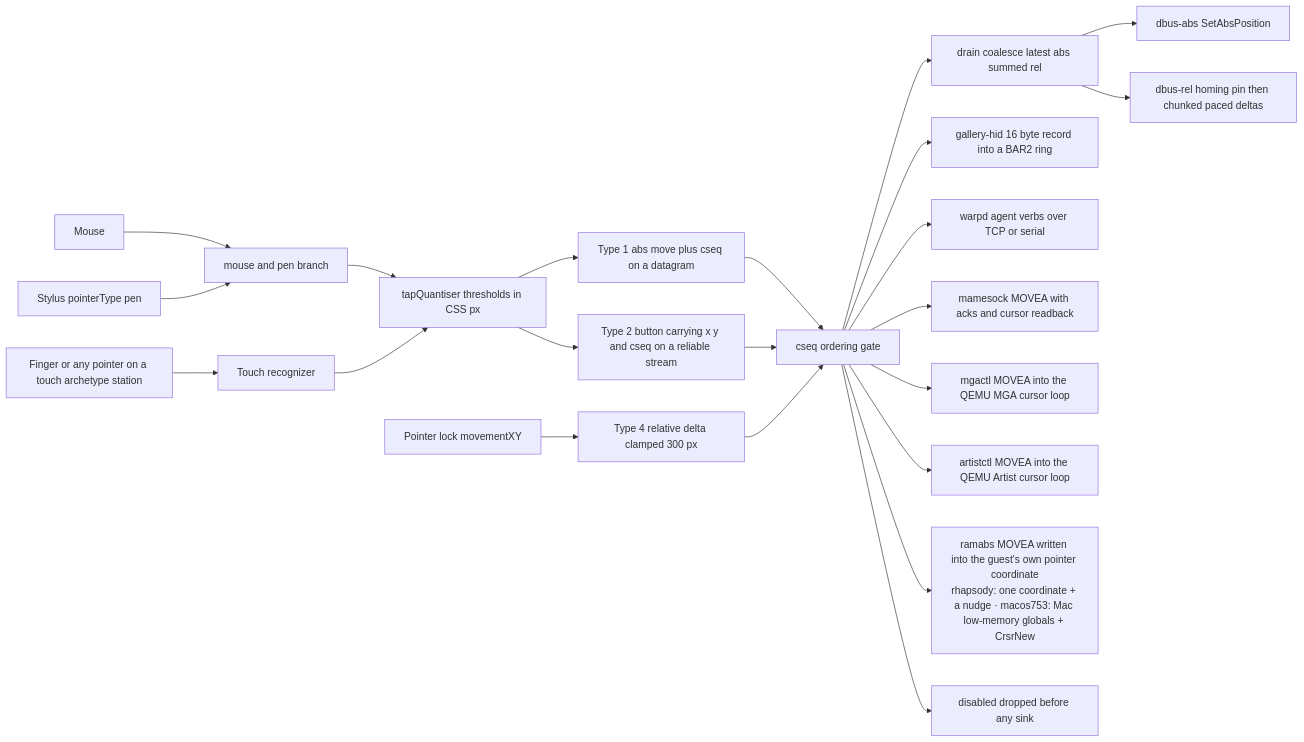
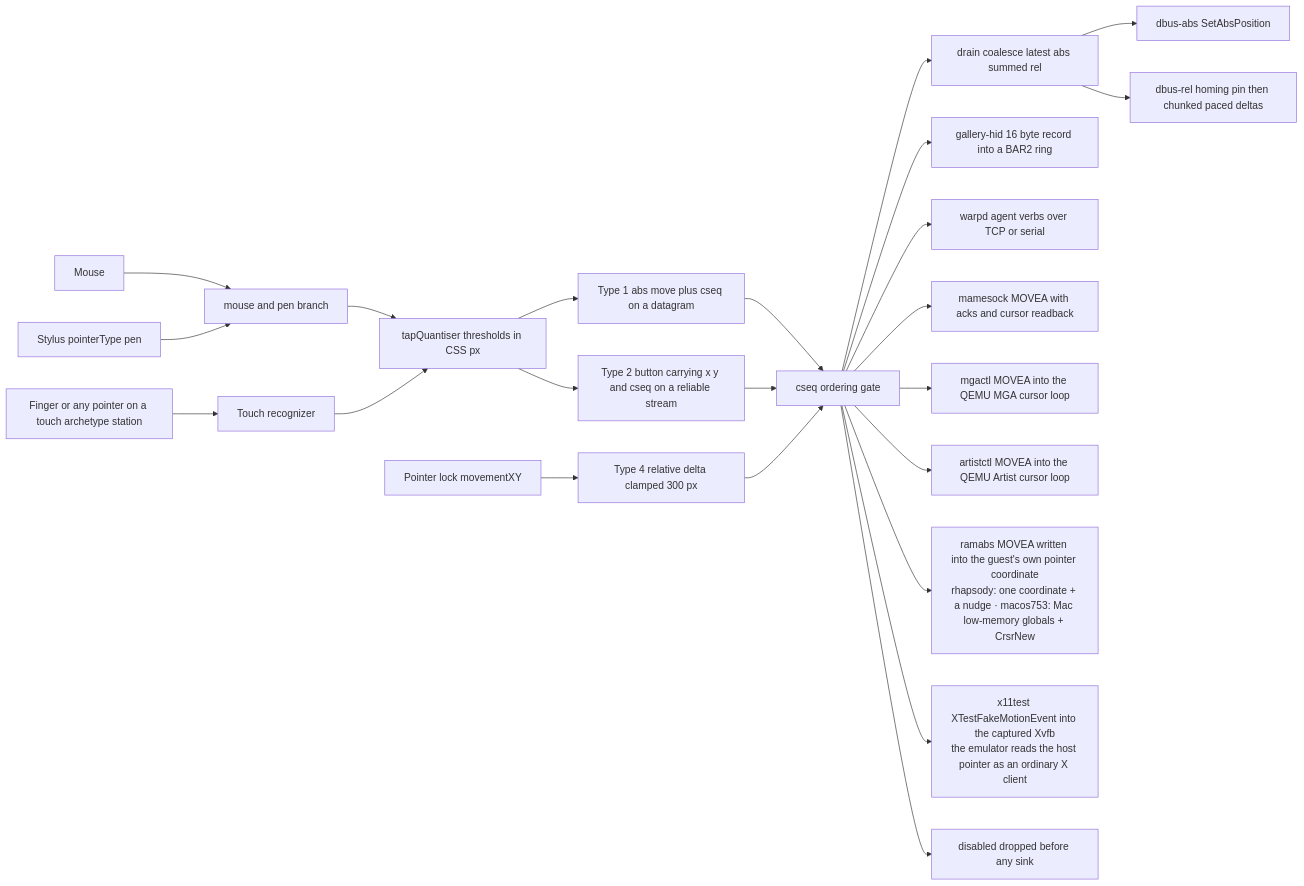
One commit to Wnt/kernel-hive changed the first of 4 diagrams in docs/IO-PATHS.md. Above: the diagram before and after it, drawn with Mermaid. The commit also changed other lines of this file and 10 other files, not shown here.

````diff
--- a/docs/IO-PATHS.md
+++ b/docs/IO-PATHS.md
@@ -57,24 +61,25 @@
 ```mermaid
 flowchart LR
   M[Mouse] --> MP[mouse and pen branch]
   P[Stylus pointerType pen] --> MP
   F[Finger or any pointer on a touch archetype station] --> TP[Touch recognizer]
   MP --> QT[tapQuantiser thresholds in CSS px]
   TP --> QT
   QT --> W1[Type 1 abs move plus cseq on a datagram]
   QT --> W2[Type 2 button carrying x y and cseq on a reliable stream]
   LK[Pointer lock movementXY] --> W4[Type 4 relative delta clamped 300 px]
   W1 --> H[cseq ordering gate]
   W2 --> H
   W4 --> H
   H --> CO[drain coalesce latest abs summed rel]
   CO --> DA[dbus-abs SetAbsPosition]
   CO --> DR[dbus-rel homing pin then chunked paced deltas]
   H --> GH[gallery-hid 16 byte record into a BAR2 ring]
   H --> WD[warpd agent verbs over TCP or serial]
   H --> MS[mamesock MOVEA with acks and cursor readback]
   H --> MG[mgactl MOVEA into the QEMU MGA cursor loop]
   H --> AR[artistctl MOVEA into the QEMU Artist cursor loop]
   H --> RA[ramabs MOVEA written into the guest's own pointer coordinate\nrhapsody: one coordinate + a nudge · macos753: Mac low-memory globals + CrsrNew]
+  H --> XT[x11test XTestFakeMotionEvent into the captured Xvfb\nthe emulator reads the host pointer as an ordinary X client]
   H --> X[disabled dropped before any sink]
 ```
````
